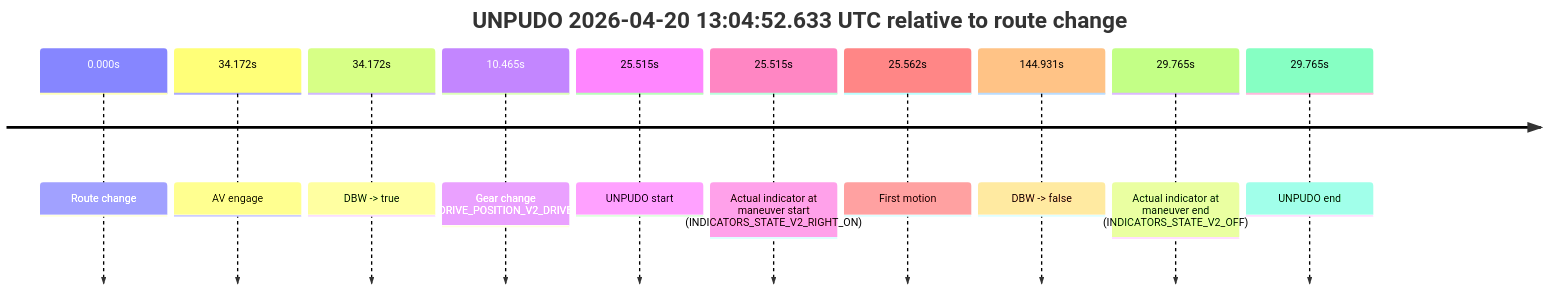
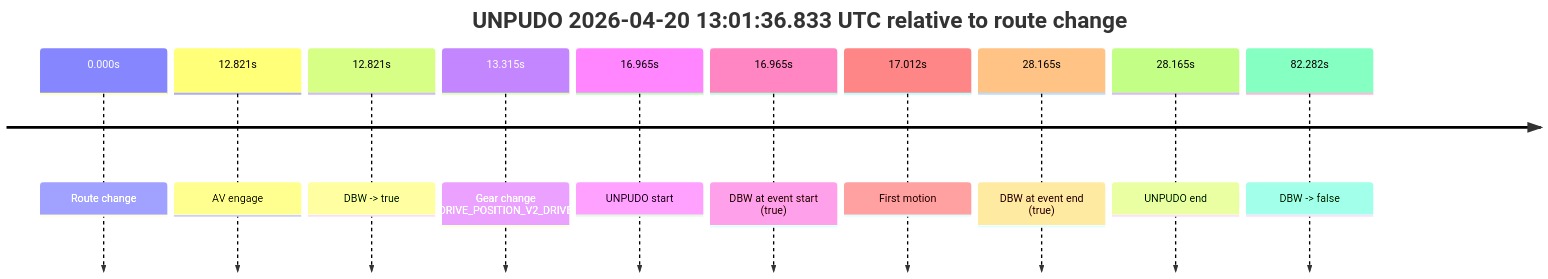
Before and after one commit to yoelshapiro/vault: the third of 6 diagrams in model_analysis/report_cards/2026/04/Week-4/fme20038--2026-04-20--12-44-55--gen2-av-d7b5ebe9-0257-4947-a48a-ade5f11aa01b.md, drawn with Mermaid. The commit also changed other lines of this file and 2 other files, not shown here.

````diff
--- a/model_analysis/report_cards/2026/04/Week-4/fme20038--2026-04-20--12-44-55--gen2-av-d7b5ebe9-0257-4947-a48a-ade5f11aa01b.md
+++ b/model_analysis/report_cards/2026/04/Week-4/fme20038--2026-04-20--12-44-55--gen2-av-d7b5ebe9-0257-4947-a48a-ade5f11aa01b.md
@@ -215,14 +233,14 @@
 ```mermaid
 timeline
-    title UNPUDO 2026-04-20 13:04:52.633 UTC relative to route change
+    title UNPUDO 2026-04-20 13:01:36.833 UTC relative to route change
     0.000s : Route change
-    34.172s : AV engage
-    34.172s : DBW -> true
-    10.465s : Gear change (DRIVE_POSITION_V2_DRIVE)
-    25.515s : UNPUDO start
-    25.515s : Actual indicator at maneuver start (INDICATORS_STATE_V2_RIGHT_ON)
-    25.562s : First motion
-    144.931s : DBW -> false
-    29.765s : Actual indicator at maneuver end (INDICATORS_STATE_V2_OFF)
-    29.765s : UNPUDO end
+    12.821s : AV engage
+    12.821s : DBW -> true
+    13.315s : Gear change (DRIVE_POSITION_V2_DRIVE)
+    16.965s : UNPUDO start
+    16.965s : DBW at event start (true)
+    17.012s : First motion
+    28.165s : DBW at event end (true)
+    28.165s : UNPUDO end
+    82.282s : DBW -> false
 ```
````
